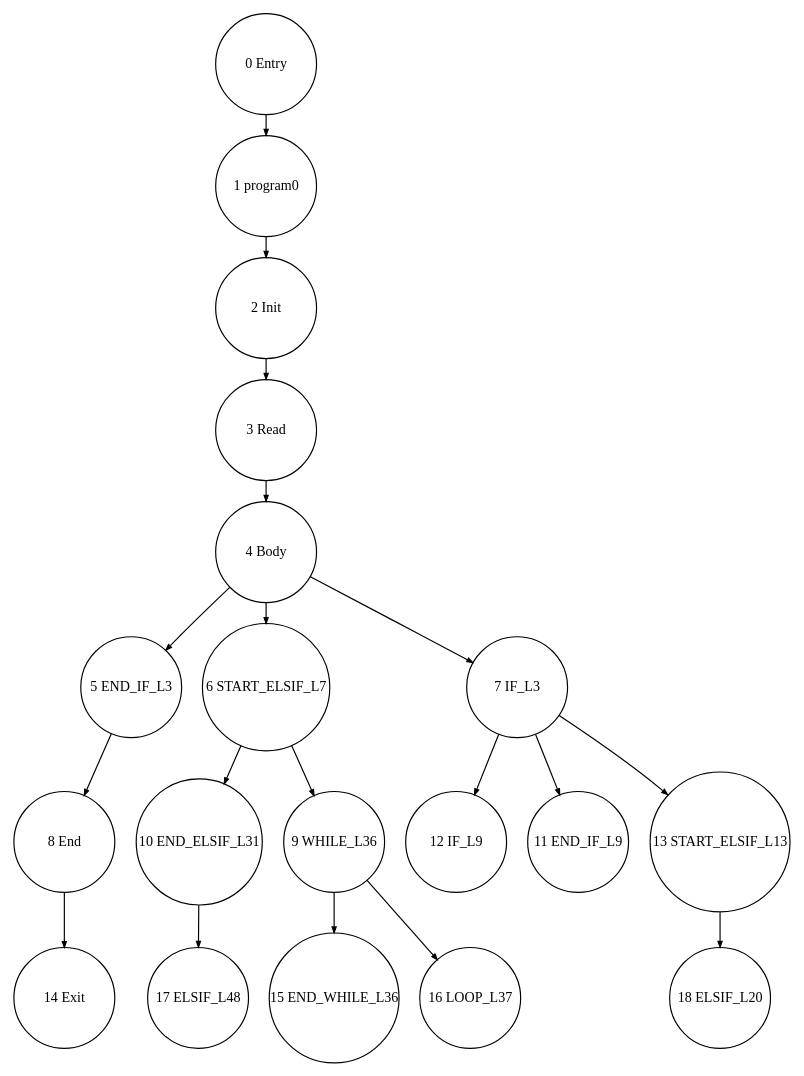
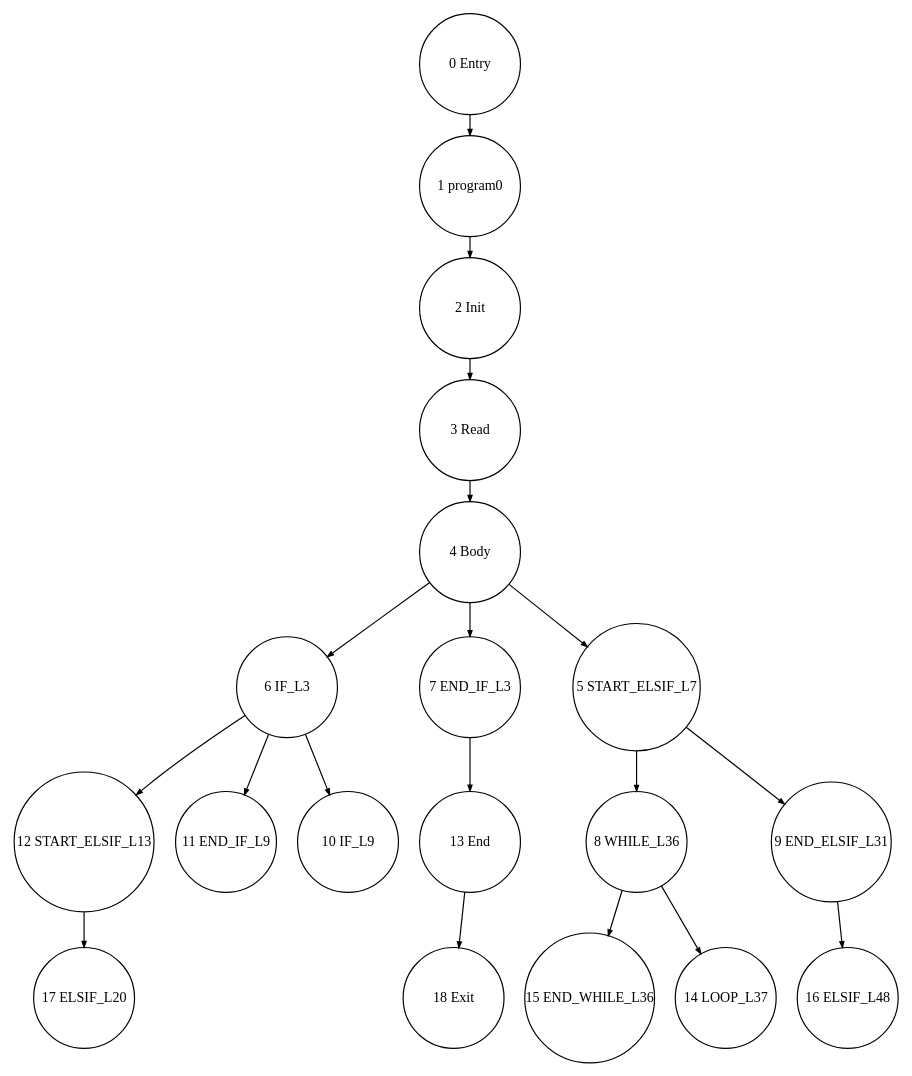
The diagram in tests_programs/paper1_tests/example_output/Graph_example_DomTree_0.dot (Geoffrey1014/ST_DSE), drawn with Graphviz before and after one commit. The commit also changed 117 other files, not shown here.

```diff
--- a/tests_programs/paper1_tests/example_output/Graph_example_DomTree_0.dot
+++ b/tests_programs/paper1_tests/example_output/Graph_example_DomTree_0.dot
@@ -1,25 +1,25 @@
 digraph G {
   ranksep=.25;
   edge [arrowsize=.5]
   node [shape=circle, fontname="ArialNarrow",
         fontsize=12,  height=1.2];
-  "12 IF_L9"; "0 Entry"; "5 END_IF_L3"; "18 ELSIF_L20"; "2 Init"; "11 END_IF_L9"; "15 END_WHILE_L36"; "1 program0"; "16 LOOP_L37"; "14 Exit"; "10 END_ELSIF_L31"; "6 START_ELSIF_L7"; "4 Body"; "3 Read"; "13 START_ELSIF_L13"; "7 IF_L3"; "8 End"; "9 WHILE_L36"; "17 ELSIF_L48"; 
-  "9 WHILE_L36" -> "15 END_WHILE_L36";
-  "9 WHILE_L36" -> "16 LOOP_L37";
-  "10 END_ELSIF_L31" -> "17 ELSIF_L48";
-  "7 IF_L3" -> "11 END_IF_L9";
-  "7 IF_L3" -> "12 IF_L9";
-  "7 IF_L3" -> "13 START_ELSIF_L13";
-  "6 START_ELSIF_L7" -> "9 WHILE_L36";
-  "6 START_ELSIF_L7" -> "10 END_ELSIF_L31";
+  "17 ELSIF_L20"; "8 WHILE_L36"; "12 START_ELSIF_L13"; "0 Entry"; "2 Init"; "13 End"; "9 END_ELSIF_L31"; "11 END_IF_L9"; "15 END_WHILE_L36"; "16 ELSIF_L48"; "1 program0"; "10 IF_L9"; "6 IF_L3"; "4 Body"; "3 Read"; "18 Exit"; "7 END_IF_L3"; "14 LOOP_L37"; "5 START_ELSIF_L7"; 
+  "8 WHILE_L36" -> "14 LOOP_L37";
+  "8 WHILE_L36" -> "15 END_WHILE_L36";
+  "9 END_ELSIF_L31" -> "16 ELSIF_L48";
+  "6 IF_L3" -> "10 IF_L9";
+  "6 IF_L3" -> "11 END_IF_L9";
+  "6 IF_L3" -> "12 START_ELSIF_L13";
+  "5 START_ELSIF_L7" -> "8 WHILE_L36";
+  "5 START_ELSIF_L7" -> "9 END_ELSIF_L31";
   "3 Read" -> "4 Body";
   "2 Init" -> "3 Read";
+  "7 END_IF_L3" -> "13 End";
   "0 Entry" -> "1 program0";
-  "13 START_ELSIF_L13" -> "18 ELSIF_L20";
-  "5 END_IF_L3" -> "8 End";
+  "12 START_ELSIF_L13" -> "17 ELSIF_L20";
   "1 program0" -> "2 Init";
-  "8 End" -> "14 Exit";
-  "4 Body" -> "5 END_IF_L3";
-  "4 Body" -> "6 START_ELSIF_L7";
-  "4 Body" -> "7 IF_L3";
+  "13 End" -> "18 Exit";
+  "4 Body" -> "5 START_ELSIF_L7";
+  "4 Body" -> "6 IF_L3";
+  "4 Body" -> "7 END_IF_L3";
 }
```
